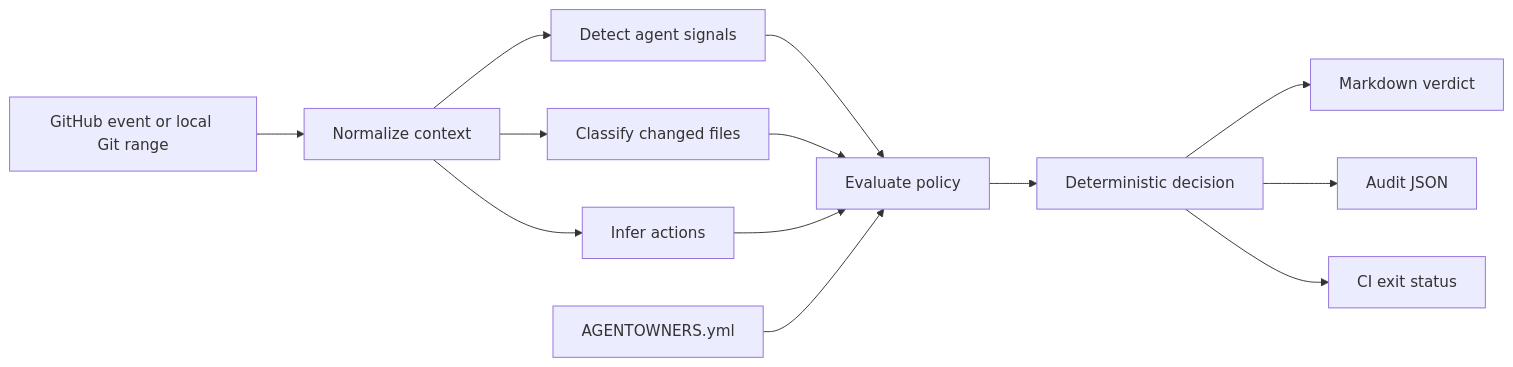
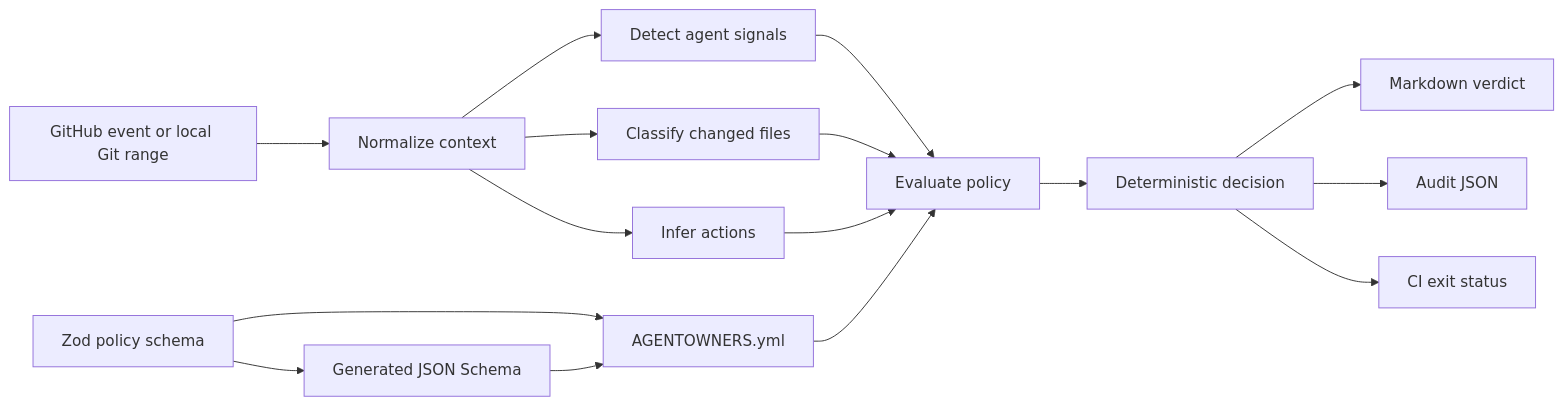
The first of 3 diagrams in docs/architecture.md (streamentry/AGENTOWNERS), drawn with Mermaid before and after one commit. The commit also changed other lines of this file and 19 other files, not shown here.

Commit message:
feat(core): publish deterministic policy schema (#8)

````diff
--- a/docs/architecture.md
+++ b/docs/architecture.md
@@ -8,15 +8,18 @@
 ```mermaid
 flowchart LR
   A[GitHub event or local Git range] --> B[Normalize context]
   B --> C[Detect agent signals]
   B --> D[Classify changed files]
   B --> E[Infer actions]
   C --> F[Evaluate policy]
   D --> F
   E --> F
   P[AGENTOWNERS.yml] --> F
+  Z[Zod policy schema] --> P
+  Z --> S[Generated JSON Schema]
+  S --> P
   F --> G[Deterministic decision]
   G --> H[Markdown verdict]
   G --> I[Audit JSON]
   G --> J[CI exit status]
 ```
````
